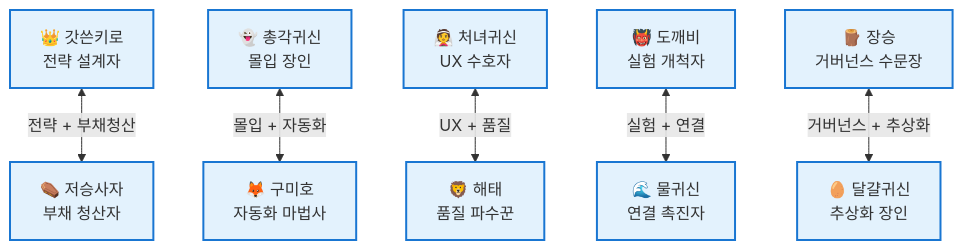
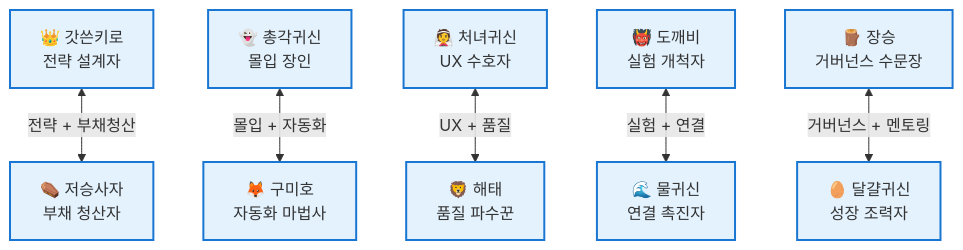
One commit to yansonz/kiro-friends changed the first of 3 diagrams in docs/character-network.md. Above: the diagram before and after it, drawn with Mermaid. The commit also changed other lines of this file and 2 other files, not shown here.

First line of the commit message:
feat(i18n): update Dalgyal character to Growth Facilitator

````diff
--- a/docs/character-network.md
+++ b/docs/character-network.md
@@ -5,25 +5,25 @@
 ```mermaid
 graph TB
     %% 캐릭터 노드
     gatssn["👑 갓쓴키로<br/>전략 설계자"]
     chonggak["👻 총각귀신<br/>몰입 장인"]
     cheonyeo["👰 처녀귀신<br/>UX 수호자"]
     dokkaebi["👹 도깨비<br/>실험 개척자"]
     gumiho["🦊 구미호<br/>자동화 마법사"]
     haetae["🦁 해태<br/>품질 파수꾼"]
     jangseung["🪵 장승<br/>거버넌스 수문장"]
     jeoseung["⚰️ 저승사자<br/>부채 청산자"]
     mulgwisin["🌊 물귀신<br/>연결 촉진자"]
-    dalgyal["🥚 달걀귀신<br/>추상화 장인"]
+    dalgyal["🥚 달걀귀신<br/>성장 조력자"]
     
     %% 상호 시너지 (양방향)
     gatssn <-->|"전략 + 부채청산"| jeoseung
     chonggak <-->|"몰입 + 자동화"| gumiho
     cheonyeo <-->|"UX + 품질"| haetae
     dokkaebi <-->|"실험 + 연결"| mulgwisin
-    jangseung <-->|"거버넌스 + 추상화"| dalgyal
+    jangseung <-->|"거버넌스 + 멘토링"| dalgyal
     
     %% 스타일
     classDef synergyNode fill:#e3f2fd,stroke:#1976d2,stroke-width:2px
     class gatssn,chonggak,cheonyeo,dokkaebi,gumiho,haetae,jangseung,jeoseung,mulgwisin,dalgyal synergyNode
 ```
````
